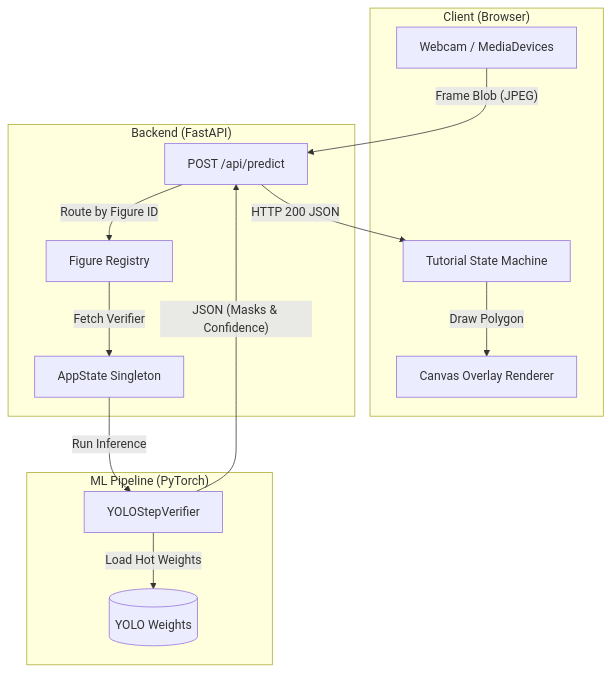
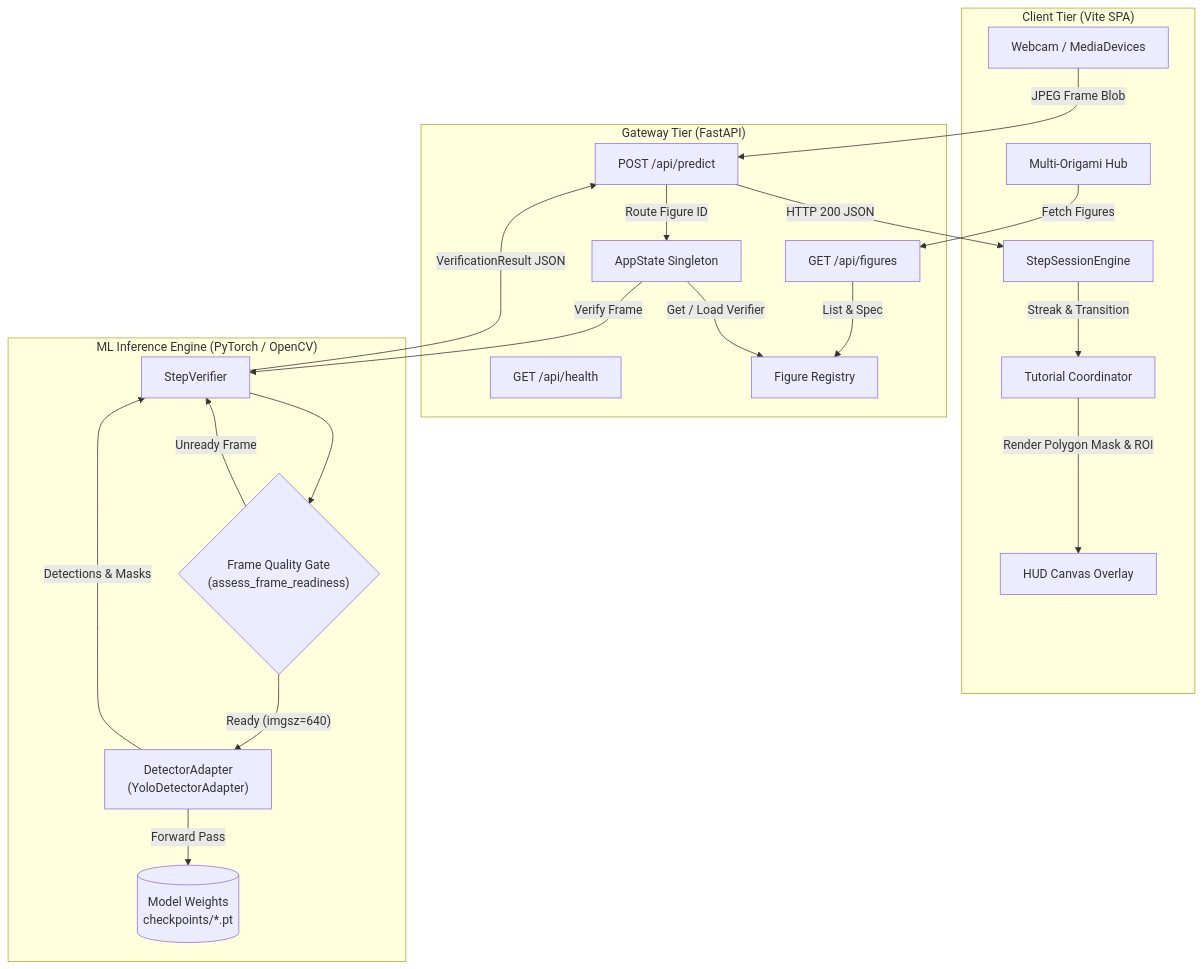
Before and after one commit to Puwizz/GamiCheckpoint: the first of 3 diagrams in ARCHITECTURE.md, drawn with Mermaid. The commit also changed other lines of this file, not shown here.

Commit message:
docs: update system architecture with two-tier verification, healthcheck, and domain models (#34)

````diff
--- a/ARCHITECTURE.md
+++ b/ARCHITECTURE.md
@@ -15,28 +15,42 @@
 ```mermaid
 flowchart TD
-    subgraph Browser["Client (Browser)"]
-        Cam[Webcam / MediaDevices]
-        State[Tutorial State Machine]
-        Canvas[Canvas Overlay Renderer]
+    subgraph Browser["Client Tier (Vite SPA)"]
+        Cam["Webcam / MediaDevices"]
+        Engine["StepSessionEngine"]
+        State["Tutorial Coordinator"]
+        Canvas["HUD Canvas Overlay"]
+        Catalog["Multi-Origami Hub"]
     end
 
-    subgraph Backend["Backend (FastAPI)"]
-        API[POST /api/predict]
-        Registry[Figure Registry]
-        AppState[AppState Singleton]
+    subgraph Backend["Gateway Tier (FastAPI)"]
+        API["POST /api/predict"]
+        Health["GET /api/health"]
+        FigAPI["GET /api/figures"]
+        AppState["AppState Singleton"]
+        Registry["Figure Registry"]
     end
 
-    subgraph MLEngine["ML Pipeline (PyTorch)"]
-        Verifier[YOLOStepVerifier]
-        Weights[(YOLO Weights)]
+    subgraph MLEngine["ML Inference Engine (PyTorch / OpenCV)"]
+        Gate{"Frame Quality Gate<br/>(assess_frame_readiness)"}
+        Verifier["StepVerifier"]
+        Adapter["DetectorAdapter<br/>(YoloDetectorAdapter)"]
+        Weights[("Model Weights<br/>checkpoints/*.pt")]
     end
 
-    Cam -- "Frame Blob (JPEG)" --> API
-    API -- "Route by Figure ID" --> Registry
-    Registry -- "Fetch Verifier" --> AppState
-    AppState -- "Run Inference" --> Verifier
-    Verifier -- "Load Hot Weights" --> Weights
-    Verifier -- "JSON (Masks & Confidence)" --> API
-    API -- "HTTP 200 JSON" --> State
-    State -- "Draw Polygon" --> Canvas
+    Cam -- "JPEG Frame Blob" --> API
+    Catalog -- "Fetch Figures" --> FigAPI
+    FigAPI -- "List & Spec" --> Registry
+    API -- "Route Figure ID" --> AppState
+    AppState -- "Get / Load Verifier" --> Registry
+    AppState -- "Verify Frame" --> Verifier
+    
+    Verifier --> Gate
+    Gate -- "Unready Frame" --> Verifier
+    Gate -- "Ready (imgsz=640)" --> Adapter
+    Adapter -- "Forward Pass" --> Weights
+    Adapter -- "Detections & Masks" --> Verifier
+    Verifier -- "VerificationResult JSON" --> API
+    API -- "HTTP 200 JSON" --> Engine
+    Engine -- "Streak & Transition" --> State
+    State -- "Render Polygon Mask & ROI" --> Canvas
 ```
````
